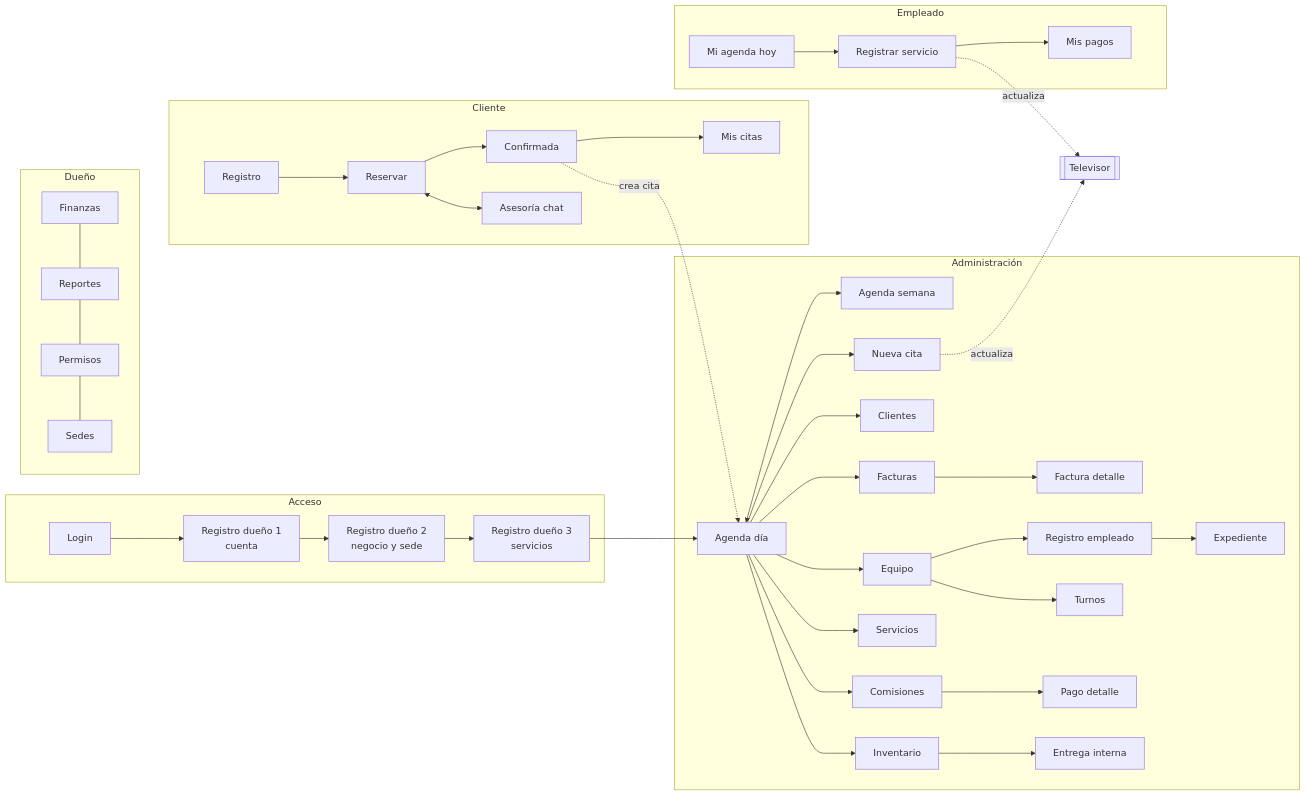
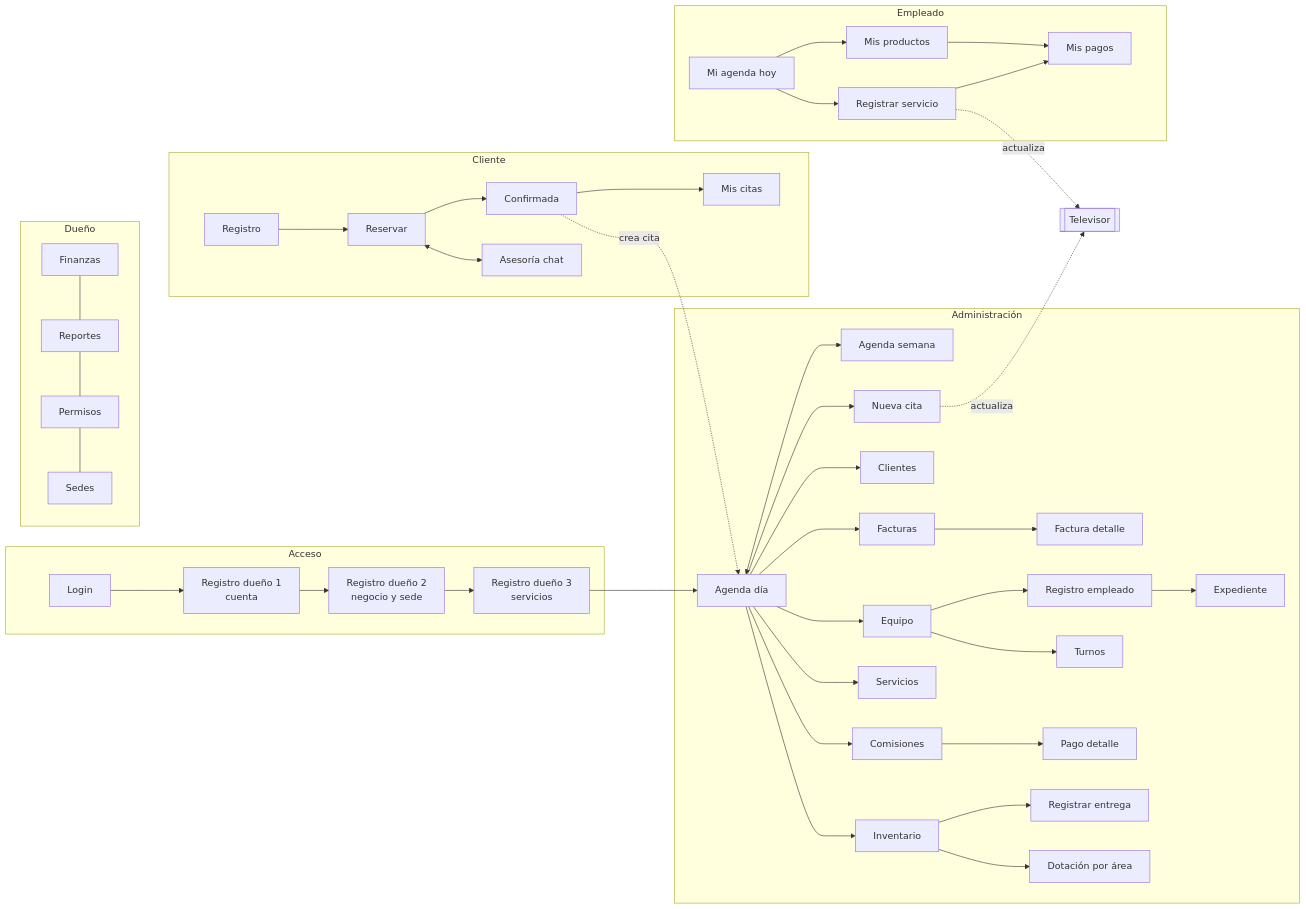
Before and after one commit to svzapatac/Citara: the first of 2 diagrams in docs/flujo-por-panel.md, drawn with Mermaid. The commit also changed other lines of this file and 7 other files, not shown here.

First line of the commit message:
Barbería y cejas, productos con descuento mensual, dotación por área, turnos múltiples, documentos sin vencimiento

````diff
--- a/docs/flujo-por-panel.md
+++ b/docs/flujo-por-panel.md
@@ -9,32 +9,34 @@
 ```mermaid
 flowchart LR
     subgraph Acceso
         Login --> RD1[Registro dueño 1<br/>cuenta] --> RD2[Registro dueño 2<br/>negocio y sede] --> RD3[Registro dueño 3<br/>servicios]
     end
     subgraph Cliente
         CR[Registro] --> CRes[Reservar] --> CCon[Confirmada] --> CMis[Mis citas]
         CRes <--> CAse[Asesoría chat]
     end
     subgraph Administración
         AD[Agenda día] <--> AS[Agenda semana]
         AD --> NC[Nueva cita]
         AD --> Cl[Clientes]
         AD --> Fa[Facturas] --> FD[Factura detalle]
         AD --> Eq[Equipo] --> ER[Registro empleado] --> EE[Expediente]
         Eq --> Tu[Turnos]
         AD --> Se[Servicios]
         AD --> Co[Comisiones] --> PD[Pago detalle]
-        AD --> In[Inventario] --> EI[Entrega interna]
+        AD --> In[Inventario] --> EI[Registrar entrega]
+        In --> Do[Dotación por área]
     end
     subgraph Dueño
         Fi[Finanzas] --- Re[Reportes] --- Pe[Permisos] --- Sd[Sedes]
     end
     subgraph Empleado
         EH[Mi agenda hoy] --> ESv[Registrar servicio] --> EP[Mis pagos]
+        EH --> EPr[Mis productos] --> EP
     end
     TV[[Televisor]]
     NC -. actualiza .-> TV
     ESv -. actualiza .-> TV
     RD3 --> AD
     CCon -. crea cita .-> AD
 ```
````
